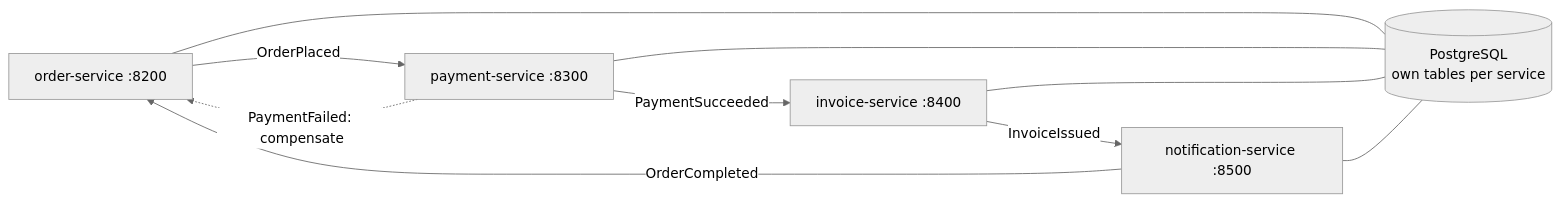
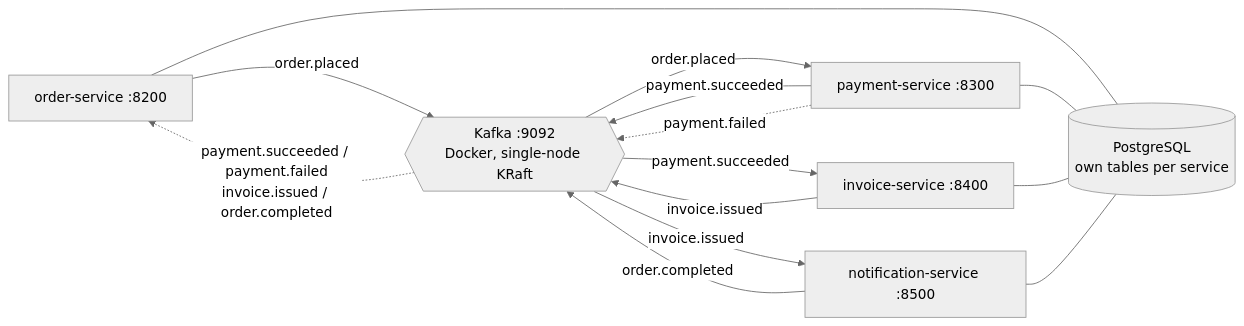
The third of 3 diagrams in README.md (TareqAlhashash/microservices), drawn with Mermaid (neutral theme) before and after one commit. The commit also changed other lines of this file, not shown here.

Commit message:
Show Kafka explicitly in the purchase-flow C4 diagram
Previously drew direct arrows between services labeled by event name,
which understated that nothing actually calls another service directly.
Now the diagram routes every arrow through a Kafka node, and the README
prose names the broker as a Docker image, port, and purpose.

````diff
--- a/README.md
+++ b/README.md
@@ -60,19 +63,24 @@
 ```mermaid
 graph LR
     OrderSvc["order-service :8200"]
     PaymentSvc["payment-service :8300"]
     InvoiceSvc["invoice-service :8400"]
     NotifSvc["notification-service :8500"]
+    Kafka{{"Kafka :9092<br/>Docker, single-node KRaft"}}
     DB[(PostgreSQL<br/>own tables per service)]
 
-    OrderSvc -->|OrderPlaced| PaymentSvc
-    PaymentSvc -->|PaymentSucceeded| InvoiceSvc
-    PaymentSvc -.->|PaymentFailed: compensate| OrderSvc
-    InvoiceSvc -->|InvoiceIssued| NotifSvc
-    NotifSvc -->|OrderCompleted| OrderSvc
+    OrderSvc -->|order.placed| Kafka
+    Kafka -->|order.placed| PaymentSvc
+    PaymentSvc -->|payment.succeeded| Kafka
+    PaymentSvc -.->|payment.failed| Kafka
+    Kafka -->|payment.succeeded| InvoiceSvc
+    Kafka -.->|payment.succeeded / payment.failed<br/>invoice.issued / order.completed| OrderSvc
+    InvoiceSvc -->|invoice.issued| Kafka
+    Kafka -->|invoice.issued| NotifSvc
+    NotifSvc -->|order.completed| Kafka
 
     OrderSvc --- DB
     PaymentSvc --- DB
     InvoiceSvc --- DB
     NotifSvc --- DB
 ```
````
